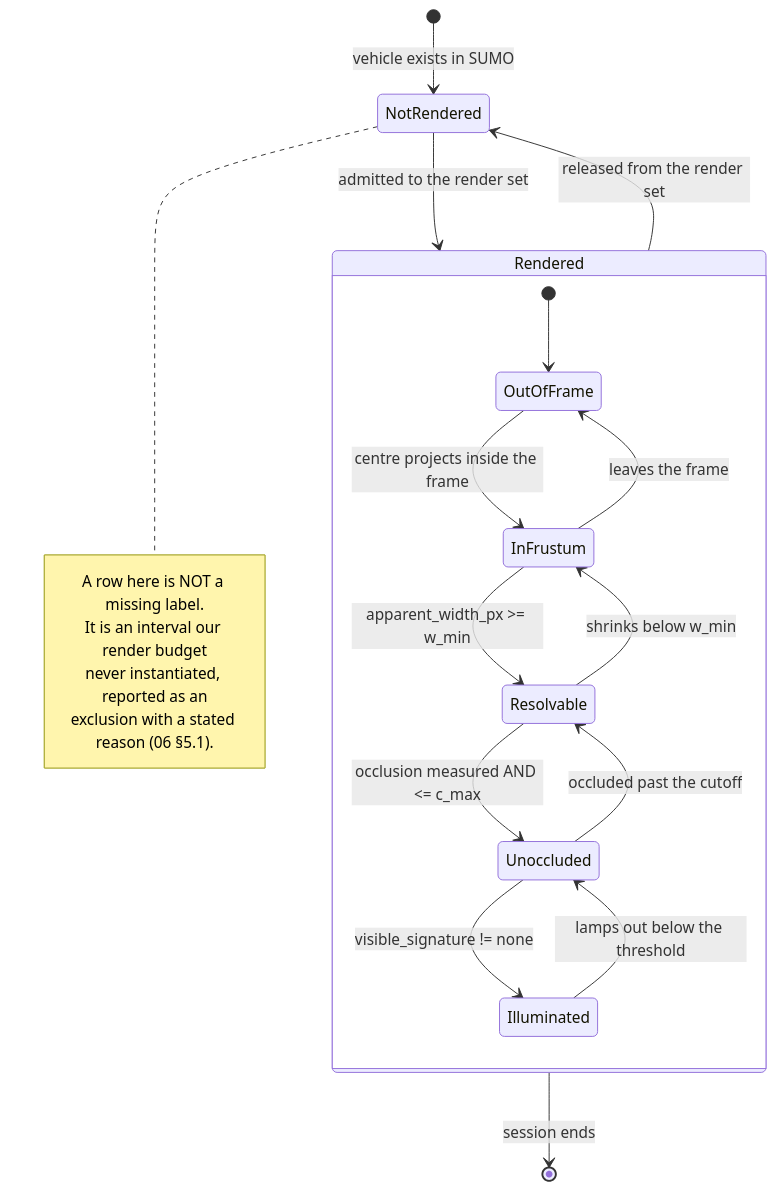
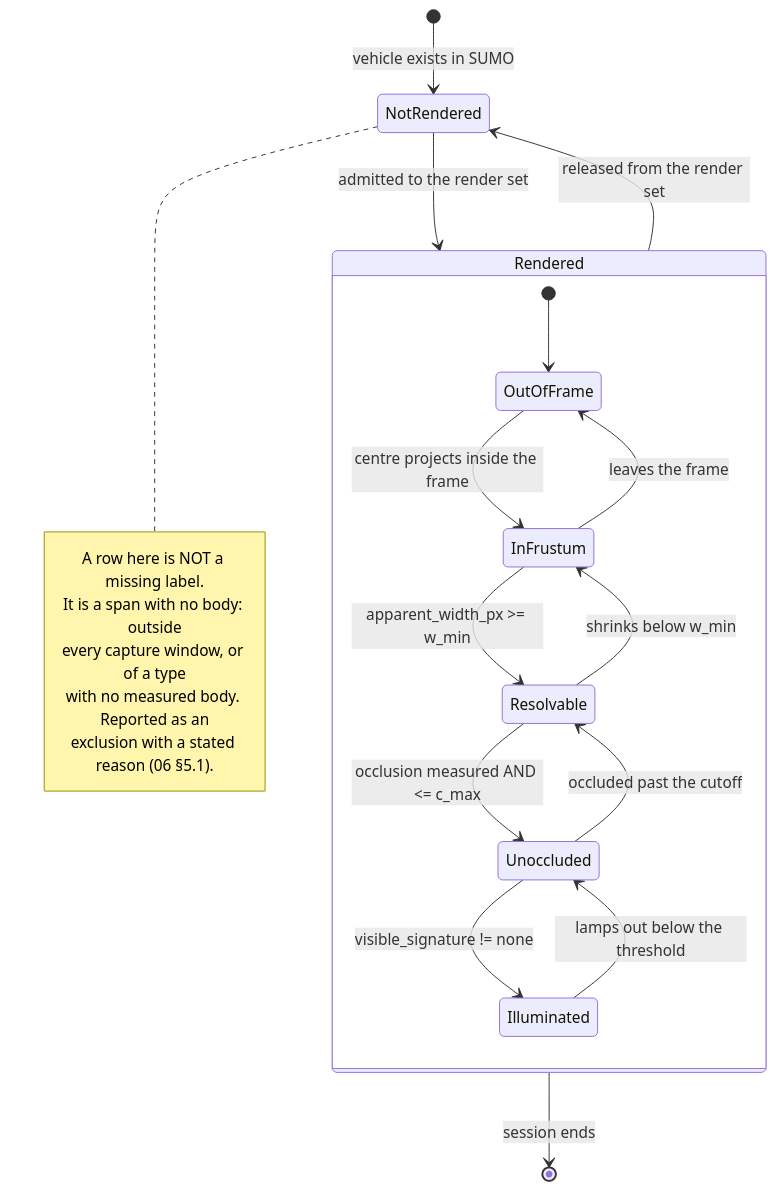
The third of 6 diagrams in Docs/CAT_Research/Plans/SUMO_Behavioral_Capture/08_Collection_And_EPoL.md (sbrett9/carla), drawn with Mermaid before and after one commit. The commit also changed other lines of this file and 3 other files, not shown here.

````diff
--- a/Docs/CAT_Research/Plans/SUMO_Behavioral_Capture/08_Collection_And_EPoL.md
+++ b/Docs/CAT_Research/Plans/SUMO_Behavioral_Capture/08_Collection_And_EPoL.md
@@ -2230,33 +2189,34 @@
 ```mermaid
 stateDiagram-v2
     direction TB
     [*] --> NotRendered : vehicle exists in SUMO
 
     NotRendered --> Rendered : admitted to the render set
     Rendered --> NotRendered : released from the render set
 
     state Rendered {
         direction TB
         [*] --> OutOfFrame
         OutOfFrame --> InFrustum : centre projects inside the frame
         InFrustum --> OutOfFrame : leaves the frame
 
         InFrustum --> Resolvable : apparent_width_px >= w_min
         Resolvable --> InFrustum : shrinks below w_min
 
         Resolvable --> Unoccluded : occlusion measured AND <= c_max
         Unoccluded --> Resolvable : occluded past the cutoff
 
         Unoccluded --> Illuminated : visible_signature != none
         Illuminated --> Unoccluded : lamps out below the threshold
     }
 
     Rendered --> [*] : session ends
 
     note right of NotRendered
         A row here is NOT a missing label.
-        It is an interval our render budget
-        never instantiated, reported as an
+        It is a span with no body: outside
+        every capture window, or of a type
+        with no measured body. Reported as an
         exclusion with a stated reason (06 §5.1).
     end note
 ```
````
